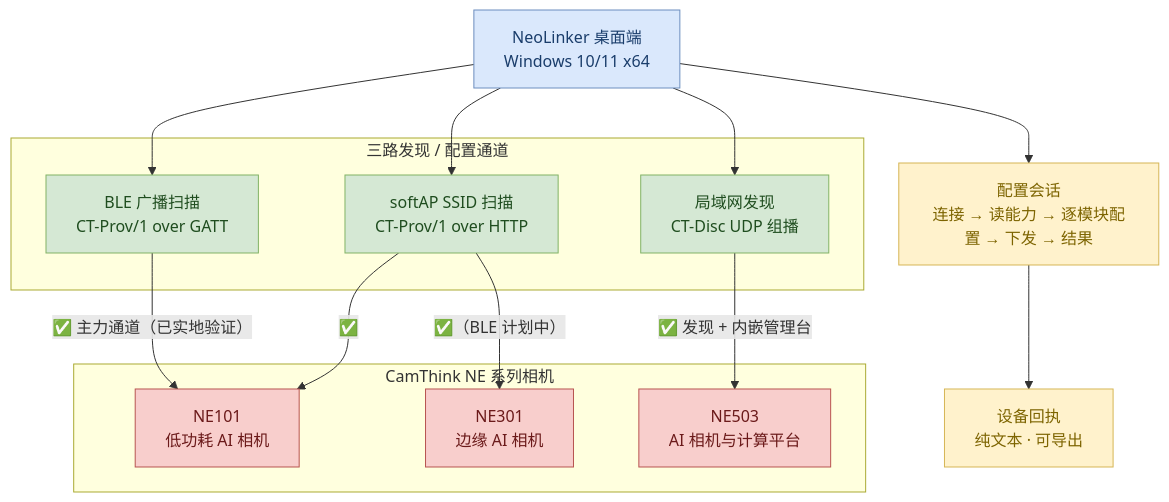
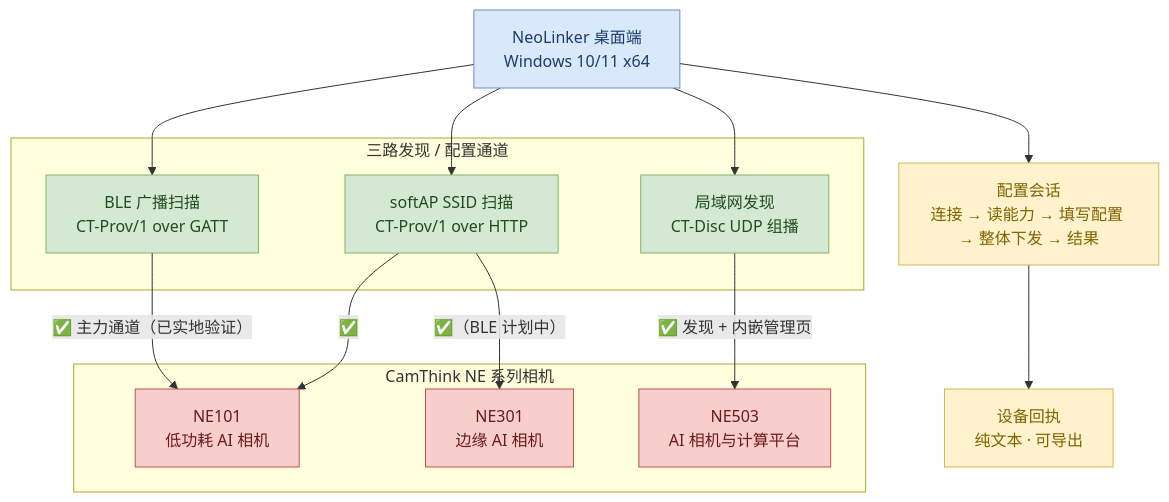
Before and after one commit to Oreofilling/wiki-documents: the diagram in docs/7-neolinker/0-overview.md, drawn with Mermaid. The commit also changed other lines of this file and 15 other files, not shown here.

````diff
--- a/docs/7-neolinker/0-overview.md
+++ b/docs/7-neolinker/0-overview.md
@@ -29,35 +29,35 @@
 ```mermaid
 flowchart TB
     NL["NeoLinker 桌面端<br/>Windows 10/11 x64"]
 
     subgraph CH ["三路发现 / 配置通道"]
         BLE["BLE 广播扫描<br/>CT-Prov/1 over GATT"]
         AP["softAP SSID 扫描<br/>CT-Prov/1 over HTTP"]
         LAN["局域网发现<br/>CT-Disc UDP 组播"]
     end
 
     subgraph DEV ["CamThink NE 系列相机"]
         NE101["NE101<br/>低功耗 AI 相机"]
         NE301["NE301<br/>边缘 AI 相机"]
         NE503["NE503<br/>AI 相机与计算平台"]
     end
 
-    SESS["配置会话<br/>连接 → 读能力 → 逐模块配置 → 下发 → 结果"]
+    SESS["配置会话<br/>连接 → 读能力 → 填写配置 → 整体下发 → 结果"]
     RCT["设备回执<br/>纯文本 · 可导出"]
 
     NL --> BLE & AP & LAN
     BLE -->|"✅ 主力通道（已实地验证）"| NE101
     AP  -->|"✅"| NE101
     AP  -->|"✅（BLE 计划中）"| NE301
-    LAN -->|"✅ 发现 + 内嵌管理台"| NE503
+    LAN -->|"✅ 发现 + 内嵌管理页"| NE503
     NL --> SESS --> RCT
 
     classDef toolNode fill:#dae8fc,stroke:#6c8ebf,color:#1a3d6b
     classDef chanNode fill:#d5e8d4,stroke:#82b366,color:#1f4d1f
     classDef devNode fill:#f8cecc,stroke:#b85450,color:#6b1a1a
     classDef flowNode fill:#fff2cc,stroke:#d6b656,color:#7d6400
     class NL toolNode
     class BLE,AP,LAN chanNode
     class NE101,NE301,NE503 devNode
     class SESS,RCT flowNode
 ```
````
